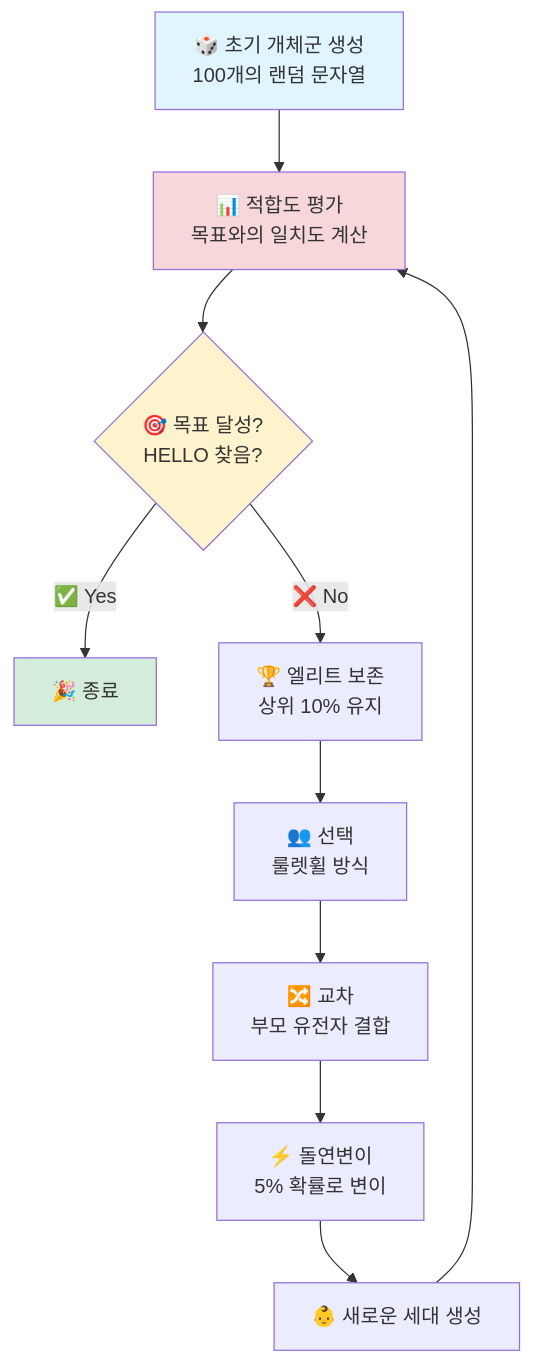
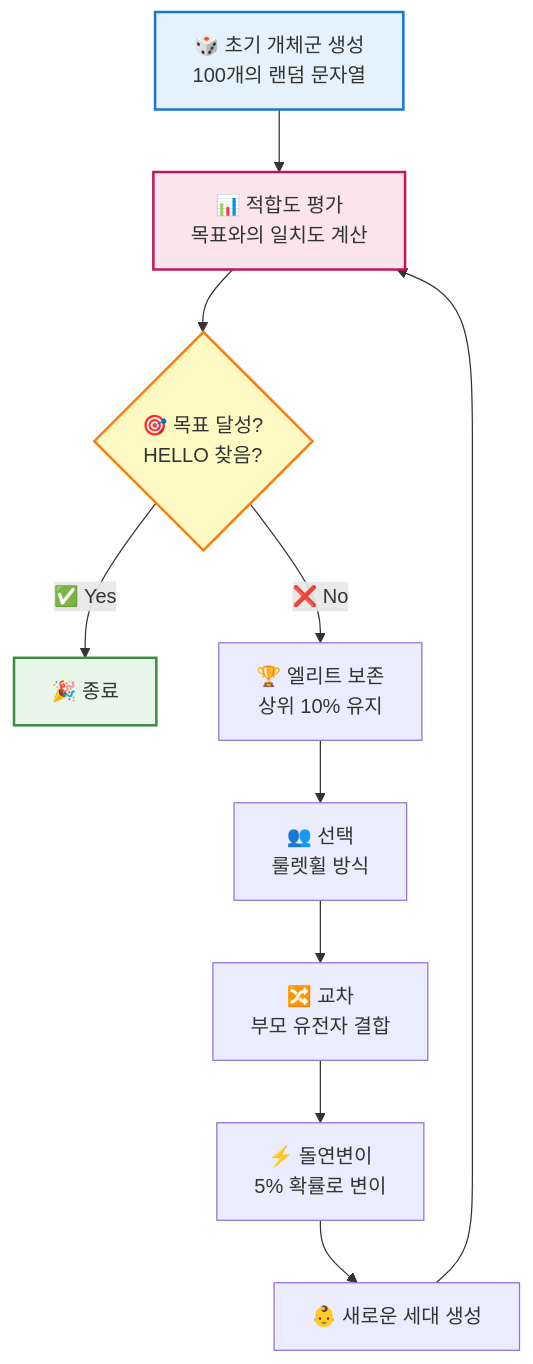
Before and after one commit to sand0513a-ui/Genetic-Algorithm-GA: the diagram in README.md, drawn with Mermaid.

````diff
--- a/README.md
+++ b/README.md
@@ -15,17 +15,17 @@
 ```mermaid
 graph TD
     A[🎲 초기 개체군 생성<br/>100개의 랜덤 문자열] --> B[📊 적합도 평가<br/>목표와의 일치도 계산]
     B --> C{🎯 목표 달성?<br/>HELLO 찾음?}
     C -->|✅ Yes| D[🎉 종료]
     C -->|❌ No| E[🏆 엘리트 보존<br/>상위 10% 유지]
     E --> F[👥 선택<br/>룰렛휠 방식]
     F --> G[🔀 교차<br/>부모 유전자 결합]
     G --> H[⚡ 돌연변이<br/>5% 확률로 변이]
     H --> I[👶 새로운 세대 생성]
     I --> B
     
-    style A fill:#e1f5ff
-    style D fill:#d4edda
-    style C fill:#fff3cd
-    style B fill:#f8d7da
+    style A fill:#e3f2fd,stroke:#1976d2,stroke-width:2px
+    style D fill:#e8f5e9,stroke:#388e3c,stroke-width:2px
+    style C fill:#fff9c4,stroke:#f57f17,stroke-width:2px
+    style B fill:#fce4ec,stroke:#c2185b,stroke-width:2px
 ```
````
